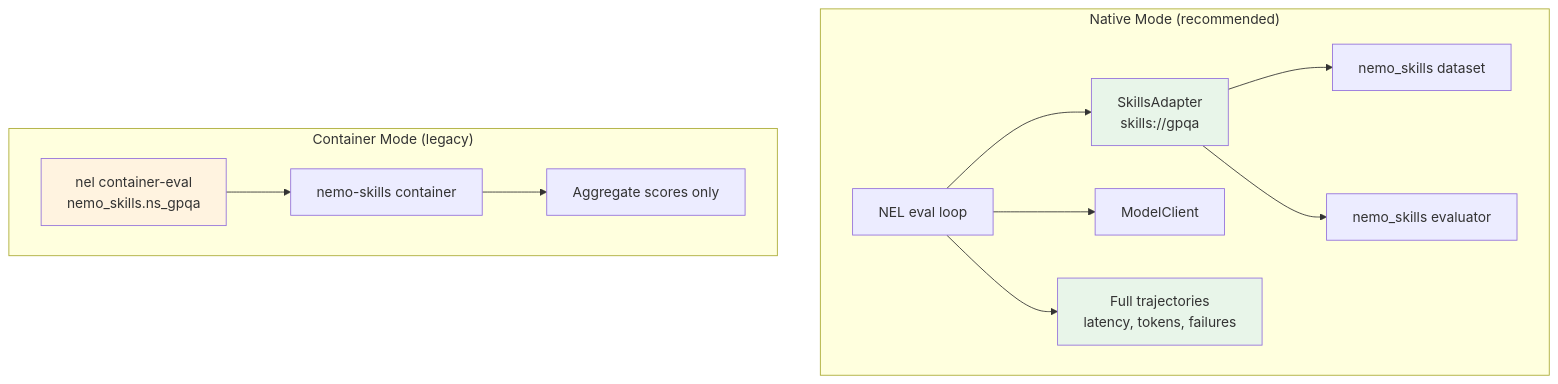
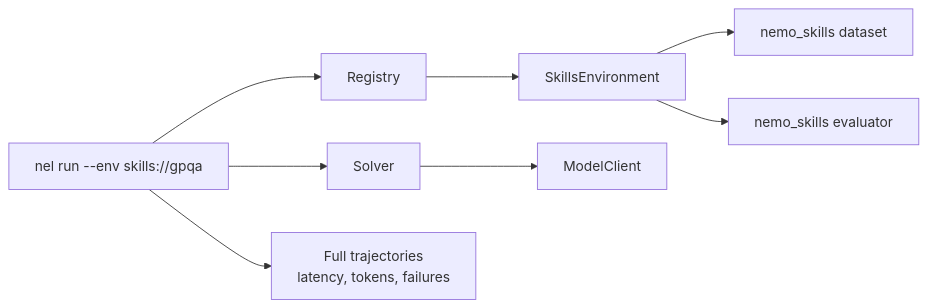
One commit to NVIDIA-NeMo/Evaluator changed the first of 2 diagrams in docs/tutorials/skills-integration.md. Above: the diagram before and after it, drawn with Mermaid. The commit also changed other lines of this file and 13 other files, not shown here.

````diff
--- a/docs/tutorials/skills-integration.md
+++ b/docs/tutorials/skills-integration.md
@@ -7,19 +29,10 @@
 ```{mermaid}
-flowchart TB
-    subgraph "Native Mode (recommended)"
-        SA["SkillsAdapter<br/>skills://gpqa"] --> DS["nemo_skills dataset"]
-        SA --> EVAL["nemo_skills evaluator"]
-        NEL["NEL eval loop"] --> SA
-        NEL --> MC["ModelClient"]
-        NEL --> OBS["Full trajectories<br/>latency, tokens, failures"]
-    end
-
-    subgraph "Container Mode (legacy)"
-        CA["nel container-eval<br/>nemo_skills.ns_gpqa"] --> CONT["nemo-skills container"]
-        CONT --> AGG["Aggregate scores only"]
-    end
-
-    style SA fill:#e8f5e9
-    style OBS fill:#e8f5e9
-    style CA fill:#fff3e0
+flowchart LR
+    NEL["nel run --env skills://gpqa"] --> REG["Registry"]
+    REG --> SE["SkillsEnvironment"]
+    SE --> DS["nemo_skills dataset"]
+    SE --> EVAL["nemo_skills evaluator"]
+    NEL --> SOLVER["Solver"]
+    SOLVER --> MC["ModelClient"]
+    NEL --> OBS["Full trajectories<br/>latency, tokens, failures"]
 ```
````
